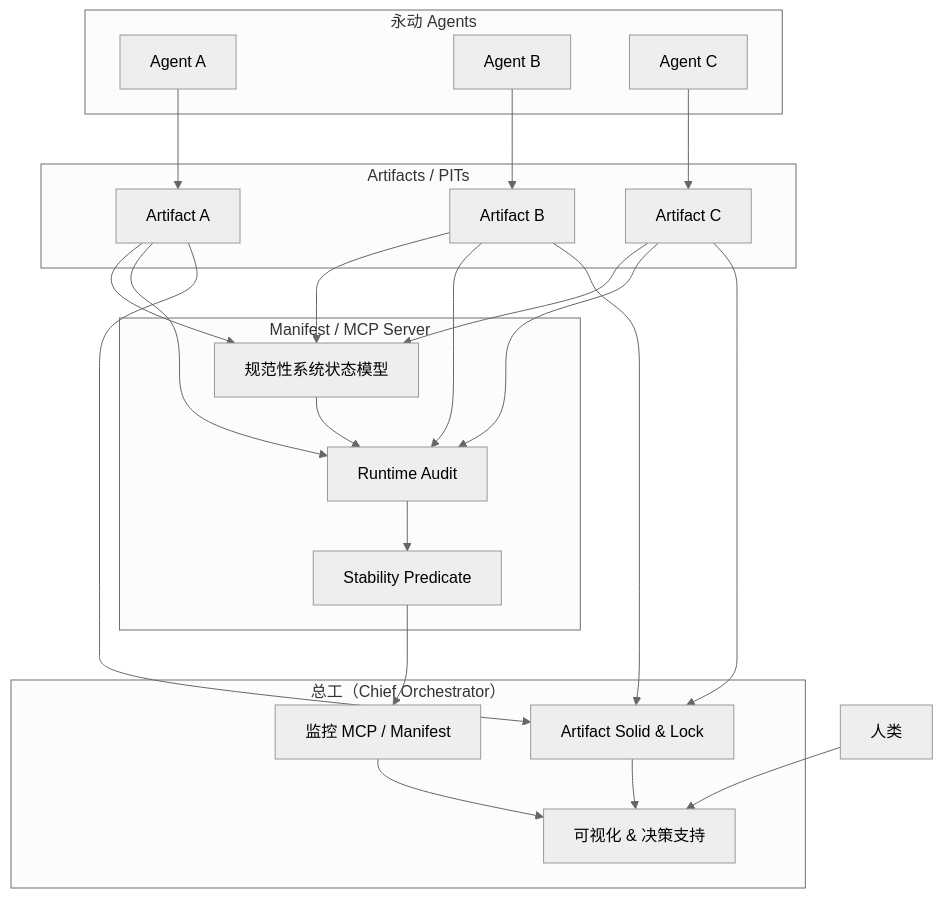
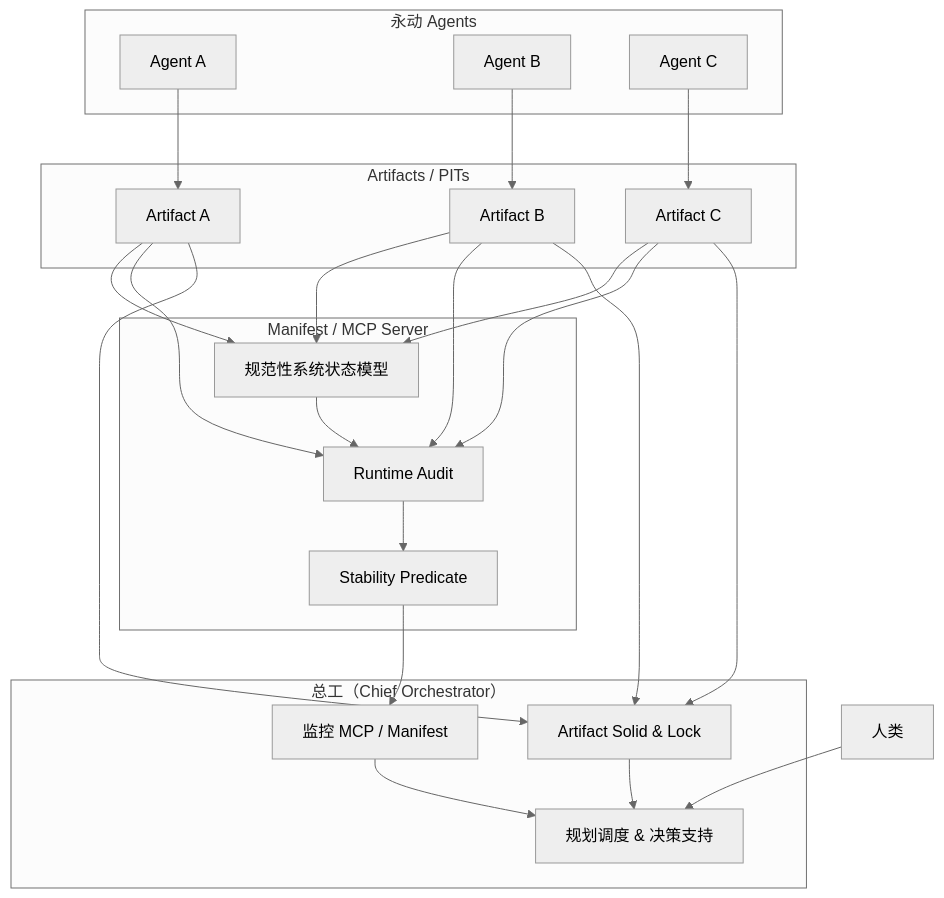
One commit to klinda78/gemini--chat changed the diagram in openclaw-instance/obj-obj.md. Above: the diagram before and after it, drawn with Mermaid (neutral theme).

Commit message:
Update visualization label in obj-obj.md

````diff
--- a/openclaw-instance/obj-obj.md
+++ b/openclaw-instance/obj-obj.md
@@ -21,59 +21,59 @@
 ```mermaid
 flowchart TD
     %% 永动 Agent
     subgraph AGENTS[永动 Agents]
         A1[Agent A]
         A2[Agent B]
         A3[Agent C]
     end
 
     %% Artifact 层
     subgraph ARTIFACTS[Artifacts / PITs]
         AR1[Artifact A]
         AR2[Artifact B]
         AR3[Artifact C]
     end
 
     %% Manifest / MCP
     subgraph MANIFEST[Manifest / MCP Server]
         M[规范性系统状态模型]
         AUD[Runtime Audit]
         STAB[Stability Predicate]
     end
 
     %% 总工 / Orchestrator
     subgraph CHIEF[总工（Chief Orchestrator）]
         MON[监控 MCP / Manifest]
         LOCK[Artifact Solid & Lock]
-        VIS[可视化 & 决策支持]
+        VIS[规划调度 & 决策支持]
     end
 
     %% Agent 输出到 Artifact
     A1 --> AR1
     A2 --> AR2
     A3 --> AR3
 
     %% Artifact 更新 Manifest
     AR1 --> M
     AR2 --> M
     AR3 --> M
 
     %% Manifest 审计与稳定性判断
     M --> AUD
     AR1 --> AUD
     AR2 --> AUD
     AR3 --> AUD
     AUD --> STAB
 
     %% 总工监控流程
     STAB --> MON
     AR1 --> LOCK
     AR2 --> LOCK
     AR3 --> LOCK
     MON --> VIS
     LOCK --> VIS
 
     %% 人类观察
     Human[人类] --> VIS
 
 ```
````
